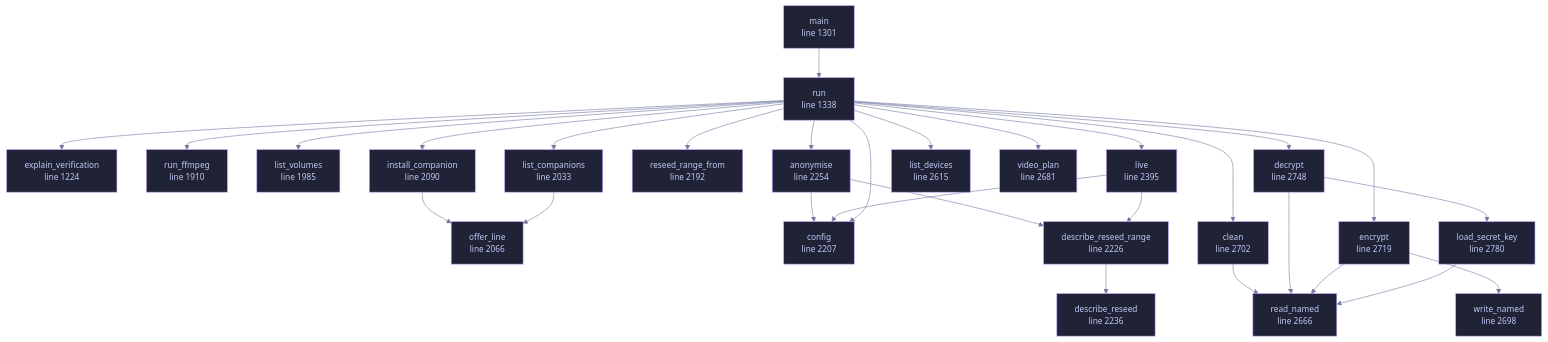
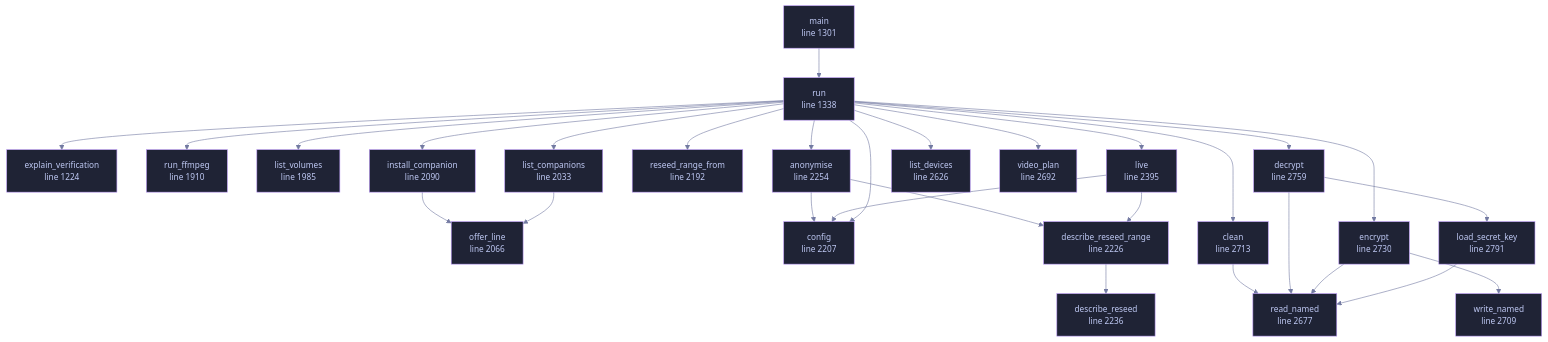
One commit to tilas01/veilvoice changed the diagram in docs/files/veilvoice-cli/main.md. Above: the diagram before and after it, drawn with Mermaid. The commit also changed other lines of this file and 61 other files, not shown here.

````diff
--- a/docs/files/veilvoice-cli/main.md
+++ b/docs/files/veilvoice-cli/main.md
@@ -135,78 +135,78 @@
 ```mermaid
 %%{init: {"theme":"base","themeVariables":{"background":"#1a1b26","primaryColor":"#1f2335","primaryTextColor":"#c0caf5","primaryBorderColor":"#7aa2f7","secondaryColor":"#16161e","tertiaryColor":"#16161e","lineColor":"#737aa2","textColor":"#c0caf5","mainBkg":"#1f2335","nodeBorder":"#7aa2f7","clusterBkg":"#16161e","clusterBorder":"#2f3549","fontFamily":"ui-monospace, SFMono-Regular, Consolas, monospace","fontSize":"14px"}}}%%
 flowchart TD
     n_explain_verification["explain_verification<br/>line 1224"]
     n_main["main<br/>line 1301"]
     n_run["run<br/>line 1338"]
     n_run_ffmpeg["run_ffmpeg<br/>line 1910"]
     n_list_volumes["list_volumes<br/>line 1985"]
     n_list_companions["list_companions<br/>line 2033"]
     n_offer_line["offer_line<br/>line 2066"]
     n_install_companion["install_companion<br/>line 2090"]
     n_reseed_range_from["reseed_range_from<br/>line 2192"]
     n_config["config<br/>line 2207"]
     n_describe_reseed_range["describe_reseed_range<br/>line 2226"]
     n_describe_reseed["describe_reseed<br/>line 2236"]
     n_anonymise["anonymise<br/>line 2254"]
     n_live["live<br/>line 2395"]
-    n_list_devices["list_devices<br/>line 2615"]
-    n_read_named["read_named<br/>line 2666"]
-    n_video_plan["video_plan<br/>line 2681"]
-    n_write_named["write_named<br/>line 2698"]
-    n_clean["clean<br/>line 2702"]
-    n_encrypt["encrypt<br/>line 2719"]
-    n_decrypt["decrypt<br/>line 2748"]
-    n_load_secret_key["load_secret_key<br/>line 2780"]
+    n_list_devices["list_devices<br/>line 2626"]
+    n_read_named["read_named<br/>line 2677"]
+    n_video_plan["video_plan<br/>line 2692"]
+    n_write_named["write_named<br/>line 2709"]
+    n_clean["clean<br/>line 2713"]
+    n_encrypt["encrypt<br/>line 2730"]
+    n_decrypt["decrypt<br/>line 2759"]
+    n_load_secret_key["load_secret_key<br/>line 2791"]
     n_anonymise --> n_config
     n_anonymise --> n_describe_reseed_range
     n_clean --> n_read_named
     n_decrypt --> n_load_secret_key
     n_decrypt --> n_read_named
     n_describe_reseed_range --> n_describe_reseed
     n_encrypt --> n_read_named
     n_encrypt --> n_write_named
     n_install_companion --> n_offer_line
     n_list_companions --> n_offer_line
     n_live --> n_config
     n_live --> n_describe_reseed_range
     n_load_secret_key --> n_read_named
     n_main --> n_run
     n_run --> n_anonymise
     n_run --> n_clean
     n_run --> n_config
     n_run --> n_decrypt
     n_run --> n_encrypt
     n_run --> n_explain_verification
     n_run --> n_install_companion
     n_run --> n_list_companions
     n_run --> n_list_devices
     n_run --> n_list_volumes
     n_run --> n_live
     n_run --> n_reseed_range_from
     n_run --> n_run_ffmpeg
     n_run --> n_video_plan
     click n_explain_verification href "https://github.com/tilas01/veilvoice/blob/main/crates/veilvoice-cli/src/main.rs#L1224" "open the source"
     click n_main href "https://github.com/tilas01/veilvoice/blob/main/crates/veilvoice-cli/src/main.rs#L1301" "open the source"
     click n_run href "https://github.com/tilas01/veilvoice/blob/main/crates/veilvoice-cli/src/main.rs#L1338" "open the source"
     click n_run_ffmpeg href "https://github.com/tilas01/veilvoice/blob/main/crates/veilvoice-cli/src/main.rs#L1910" "open the source"
     click n_list_volumes href "https://github.com/tilas01/veilvoice/blob/main/crates/veilvoice-cli/src/main.rs#L1985" "open the source"
     click n_list_companions href "https://github.com/tilas01/veilvoice/blob/main/crates/veilvoice-cli/src/main.rs#L2033" "open the source"
     click n_offer_line href "https://github.com/tilas01/veilvoice/blob/main/crates/veilvoice-cli/src/main.rs#L2066" "open the source"
     click n_install_companion href "https://github.com/tilas01/veilvoice/blob/main/crates/veilvoice-cli/src/main.rs#L2090" "open the source"
     click n_reseed_range_from href "https://github.com/tilas01/veilvoice/blob/main/crates/veilvoice-cli/src/main.rs#L2192" "open the source"
     click n_config href "https://github.com/tilas01/veilvoice/blob/main/crates/veilvoice-cli/src/main.rs#L2207" "open the source"
     click n_describe_reseed_range href "https://github.com/tilas01/veilvoice/blob/main/crates/veilvoice-cli/src/main.rs#L2226" "open the source"
     click n_describe_reseed href "https://github.com/tilas01/veilvoice/blob/main/crates/veilvoice-cli/src/main.rs#L2236" "open the source"
     click n_anonymise href "https://github.com/tilas01/veilvoice/blob/main/crates/veilvoice-cli/src/main.rs#L2254" "open the source"
     click n_live href "https://github.com/tilas01/veilvoice/blob/main/crates/veilvoice-cli/src/main.rs#L2395" "open the source"
-    click n_list_devices href "https://github.com/tilas01/veilvoice/blob/main/crates/veilvoice-cli/src/main.rs#L2615" "open the source"
-    click n_read_named href "https://github.com/tilas01/veilvoice/blob/main/crates/veilvoice-cli/src/main.rs#L2666" "open the source"
-    click n_video_plan href "https://github.com/tilas01/veilvoice/blob/main/crates/veilvoice-cli/src/main.rs#L2681" "open the source"
-    click n_write_named href "https://github.com/tilas01/veilvoice/blob/main/crates/veilvoice-cli/src/main.rs#L2698" "open the source"
-    click n_clean href "https://github.com/tilas01/veilvoice/blob/main/crates/veilvoice-cli/src/main.rs#L2702" "open the source"
-    click n_encrypt href "https://github.com/tilas01/veilvoice/blob/main/crates/veilvoice-cli/src/main.rs#L2719" "open the source"
-    click n_decrypt href "https://github.com/tilas01/veilvoice/blob/main/crates/veilvoice-cli/src/main.rs#L2748" "open the source"
-    click n_load_secret_key href "https://github.com/tilas01/veilvoice/blob/main/crates/veilvoice-cli/src/main.rs#L2780" "open the source"
+    click n_list_devices href "https://github.com/tilas01/veilvoice/blob/main/crates/veilvoice-cli/src/main.rs#L2626" "open the source"
+    click n_read_named href "https://github.com/tilas01/veilvoice/blob/main/crates/veilvoice-cli/src/main.rs#L2677" "open the source"
+    click n_video_plan href "https://github.com/tilas01/veilvoice/blob/main/crates/veilvoice-cli/src/main.rs#L2692" "open the source"
+    click n_write_named href "https://github.com/tilas01/veilvoice/blob/main/crates/veilvoice-cli/src/main.rs#L2709" "open the source"
+    click n_clean href "https://github.com/tilas01/veilvoice/blob/main/crates/veilvoice-cli/src/main.rs#L2713" "open the source"
+    click n_encrypt href "https://github.com/tilas01/veilvoice/blob/main/crates/veilvoice-cli/src/main.rs#L2730" "open the source"
+    click n_decrypt href "https://github.com/tilas01/veilvoice/blob/main/crates/veilvoice-cli/src/main.rs#L2759" "open the source"
+    click n_load_secret_key href "https://github.com/tilas01/veilvoice/blob/main/crates/veilvoice-cli/src/main.rs#L2791" "open the source"
     classDef helper fill:#1f2335,stroke:#bb9af7,color:#c0caf5
     class n_explain_verification,n_main,n_run,n_run_ffmpeg,n_list_volumes,n_list_companions,n_offer_line,n_install_companion,n_reseed_range_from,n_config,n_describe_reseed_range,n_describe_reseed,n_anonymise,n_live,n_list_devices,n_read_named,n_video_plan,n_write_named,n_clean,n_encrypt,n_decrypt,n_load_secret_key helper
 ```
````
